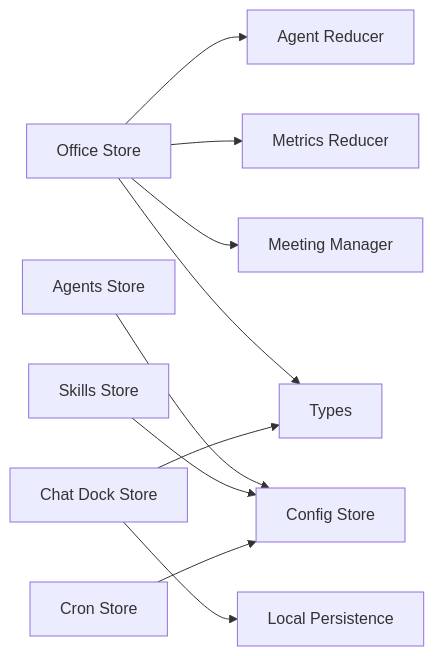
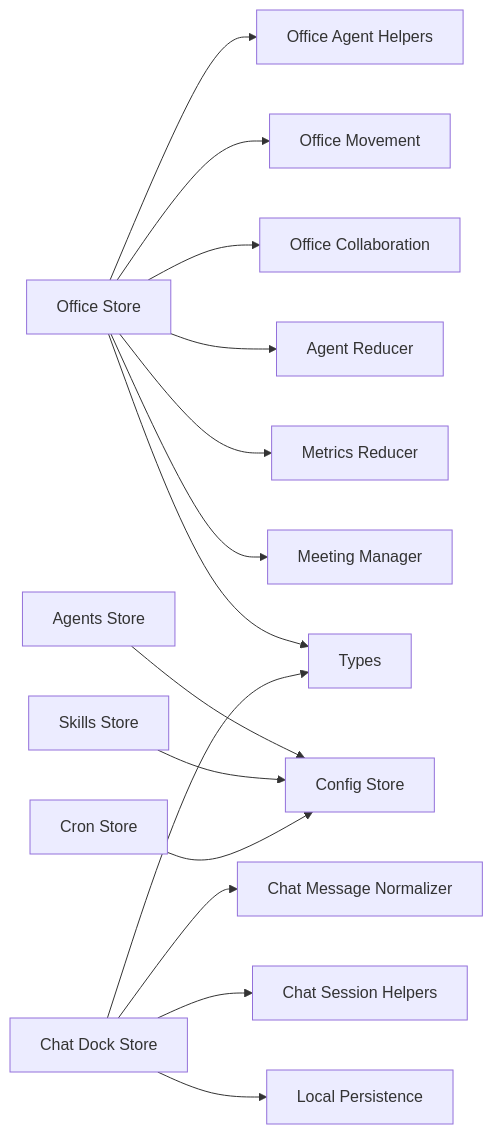
Before and after one commit to WW-AI-Lab/openclaw-office: the tenth of 10 diagrams in .qoder/repowiki/zh/content/状态管理系统/状态管理系统.md, drawn with Mermaid. The commit also changed other lines of this file and 27 other files, not shown here.

````diff
--- a/.qoder/repowiki/zh/content/状态管理系统/状态管理系统.md
+++ b/.qoder/repowiki/zh/content/状态管理系统/状态管理系统.md
@@ -439,12 +538,17 @@
 ```mermaid
 graph LR
-OS["Office Store"] --> AR["Agent Reducer"]
+OS["Office Store"] --> OAH["Office Agent Helpers"]
+OS --> OM["Office Movement"]
+OS --> OC["Office Collaboration"]
+OS --> AR["Agent Reducer"]
 OS --> MR["Metrics Reducer"]
 OS --> MM["Meeting Manager"]
 OS --> TYPES["Types"]
 AS["Agents Store"] --> CFG["Config Store"]
 SS["Skills Store"] --> CFG
 CRONS["Cron Store"] --> CFG
-CDS["Chat Dock Store"] --> LP["Local Persistence"]
+CDS["Chat Dock Store"] --> CMN["Chat Message Normalizer"]
+CDS --> CSH["Chat Session Helpers"]
+CDS --> LP["Local Persistence"]
 CDS --> TYPES
 ```
````
